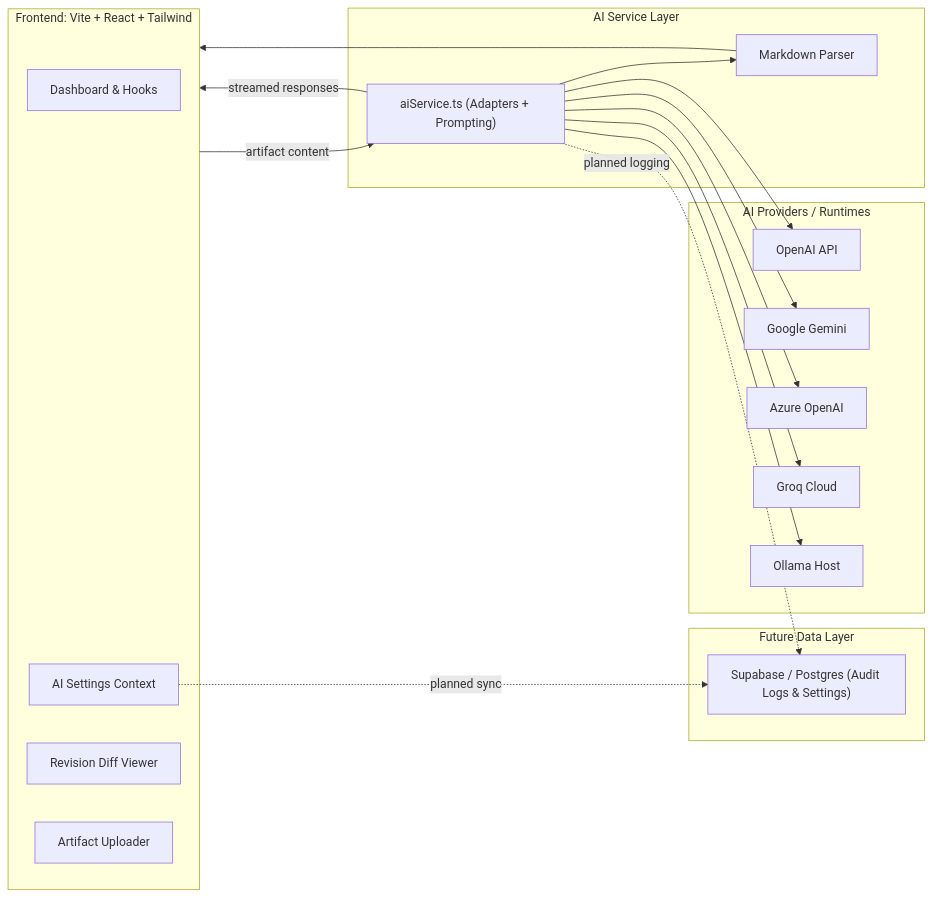
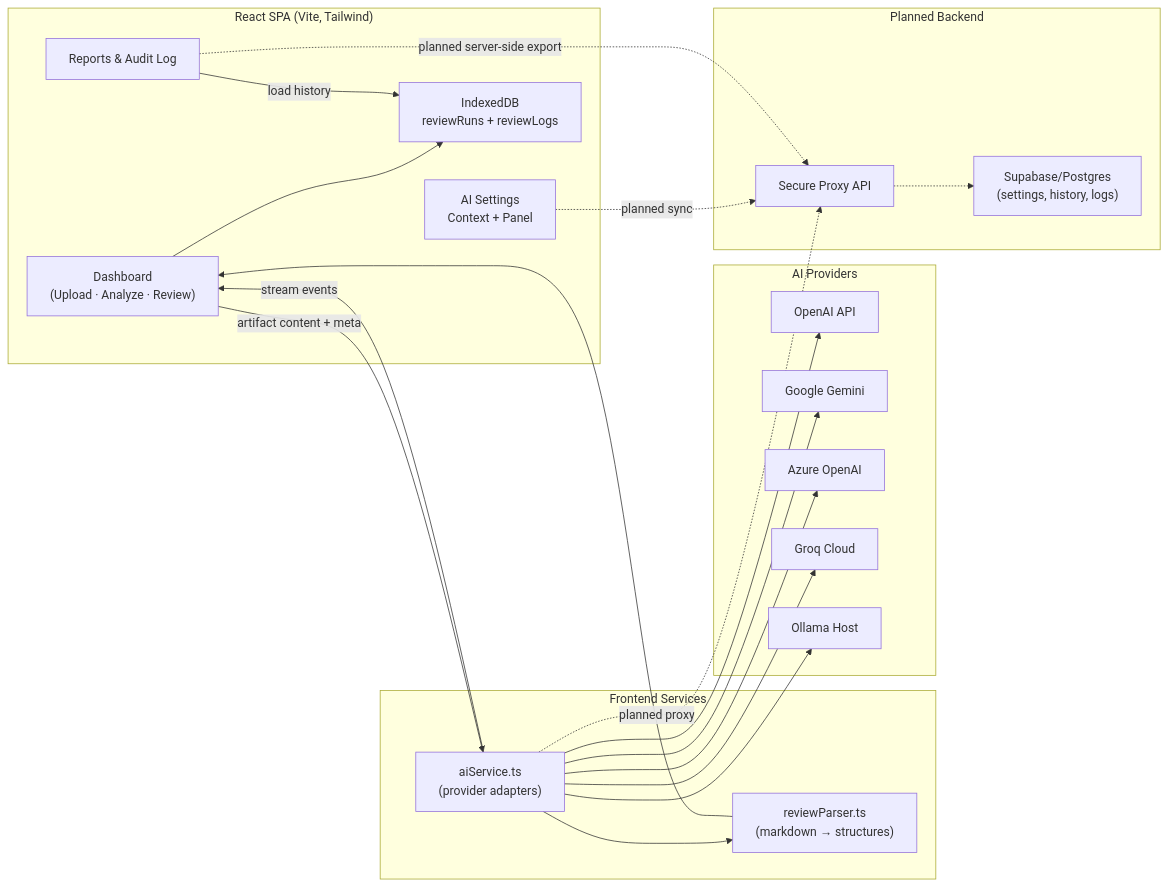
Before and after one commit to Dineshkumar-Ponnusamy/Compliance-Reviewer: the first of 3 diagrams in README.md, drawn with Mermaid. The commit also changed other lines of this file and 23 other files, not shown here.

Commit message:
Implemented signup page, login page, and reports history

````diff
--- a/README.md
+++ b/README.md
@@ -37,39 +41,43 @@
 ```mermaid
 flowchart LR
-  subgraph Client["Frontend: Vite + React + Tailwind"]
-    UI["Dashboard & Hooks"]
-    SettingsPanel["AI Settings Context"]
-    DiffViewer["Revision Diff Viewer"]
-    Upload["Artifact Uploader"]
+  subgraph Client["React SPA (Vite, Tailwind)"]
+    Dashboard["Dashboard\n(Upload · Analyze · Review)"]
+    SettingsPanel["AI Settings\nContext + Panel"]
+    ReportsUI["Reports & Audit Log"]
+    IndexedDB["IndexedDB\nreviewRuns + reviewLogs"]
   end
 
-  subgraph Services["AI Service Layer"]
-    AISvc["aiService.ts (Adapters + Prompting)"]
-    Parser["Markdown Parser"]
+  subgraph Services["Frontend Services"]
+    AISvc["aiService.ts\n(provider adapters)"]
+    Parser["reviewParser.ts\n(markdown → structures)"]
   end
 
-  subgraph Providers["AI Providers / Runtimes"]
+  subgraph External["AI Providers"]
     OpenAI["OpenAI API"]
     Gemini["Google Gemini"]
     Azure["Azure OpenAI"]
     Groq["Groq Cloud"]
     Ollama["Ollama Host"]
   end
 
-  Client -->|artifact content| AISvc
-  AISvc -->|streamed responses| Client
-  AISvc --> Parser --> Client
+  subgraph Future["Planned Backend"]
+    API["Secure Proxy API"]
+    Supabase["Supabase/Postgres\n(settings, history, logs)"]
+  end
+
+  Dashboard -->|artifact content + meta| AISvc
+  AISvc -->|stream events| Dashboard
+  AISvc --> Parser --> Dashboard
+  Dashboard --> IndexedDB
+  ReportsUI -->|load history| IndexedDB
 
   AISvc --> OpenAI
   AISvc --> Gemini
   AISvc --> Azure
   AISvc --> Groq
   AISvc --> Ollama
 
-  subgraph Future["Future Data Layer"]
-    DB["Supabase / Postgres (Audit Logs & Settings)"]
-  end
-
-  SettingsPanel -. planned sync .-> DB
-  AISvc -. planned logging .-> DB
+  SettingsPanel -. planned sync .-> API -.-> Supabase
+  AISvc -. planned proxy .-> API
+  ReportsUI -. planned server-side export .-> API
 ```
````
